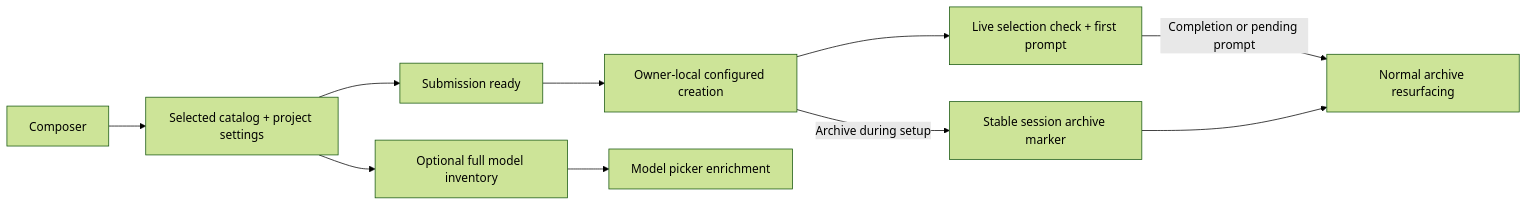
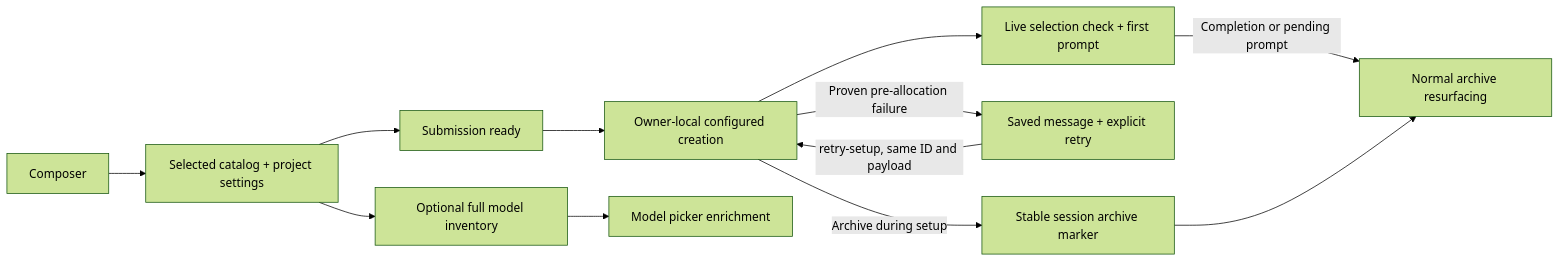
Before and after one commit to ocman/ocman: diagram 16 of 19 in docs/other/architecture.md, drawn with Mermaid (forest theme). The commit also changed other lines of this file and 14 other files, not shown here.

````diff
--- a/docs/other/architecture.md
+++ b/docs/other/architecture.md
@@ -1869,12 +1869,14 @@
   ```mermaid
   flowchart LR
       Composer --> Selected[Selected catalog + project settings]
       Selected --> Ready[Submission ready]
        Ready --> Create[Owner-local configured creation]
        Create --> Prompt[Live selection check + first prompt]
+       Create -->|Proven pre-allocation failure| Saved[Saved message + explicit retry]
+       Saved -->|retry-setup, same ID and payload| Create
        Create -->|Archive during setup| Archive[Stable session archive marker]
        Prompt -->|Completion or pending prompt| Resurface[Normal archive resurfacing]
        Archive --> Resurface
       Selected --> Inventory[Optional full model inventory]
       Inventory --> Picker[Model picker enrichment]
   ```
````
